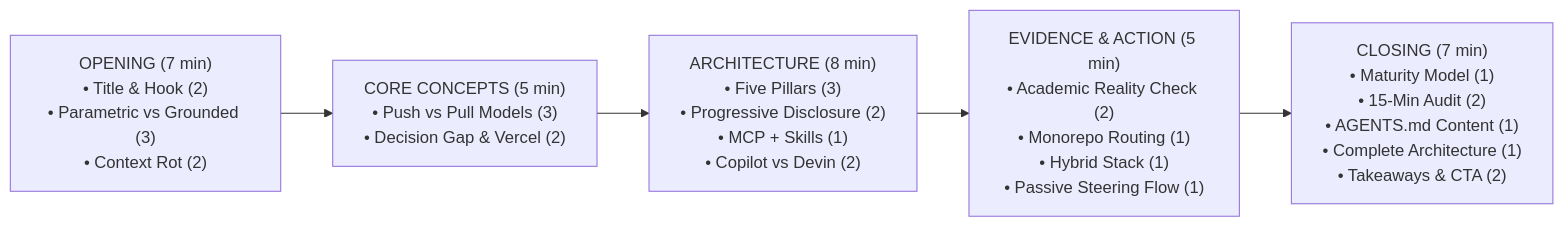
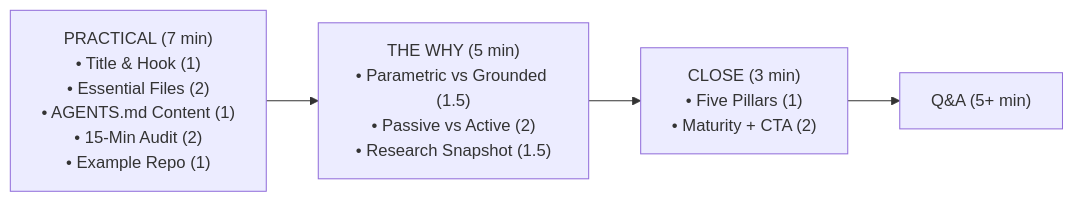
Before and after one commit to HipsterZipster/context-management-presentation: diagram 23 of 23 in context-engineering-tech-talk.md, drawn with Mermaid. The commit also changed other lines of this file and 50 other files, not shown here.

````diff
--- a/context-engineering-tech-talk.md
+++ b/context-engineering-tech-talk.md
@@ -612,10 +604,9 @@
 ```mermaid
 flowchart LR
-    O["OPENING (7 min)<br/>• Title & Hook (2)<br/>• Parametric vs Grounded (3)<br/>• Context Rot (2)"]
-    C["CORE CONCEPTS (5 min)<br/>• Push vs Pull Models (3)<br/>• Decision Gap & Vercel (2)"]
-    A["ARCHITECTURE (8 min)<br/>• Five Pillars (3)<br/>• Progressive Disclosure (2)<br/>• MCP + Skills (1)<br/>• Copilot vs Devin (2)"]
-    E["EVIDENCE & ACTION (5 min)<br/>• Academic Reality Check (2)<br/>• Monorepo Routing (1)<br/>• Hybrid Stack (1)<br/>• Passive Steering Flow (1)"]
-    X["CLOSING (7 min)<br/>• Maturity Model (1)<br/>• 15-Min Audit (2)<br/>• AGENTS.md Content (1)<br/>• Complete Architecture (1)<br/>• Takeaways & CTA (2)"]
+    P["PRACTICAL (7 min)<br/>• Title & Hook (1)<br/>• Essential Files (2)<br/>• AGENTS.md Content (1)<br/>• 15-Min Audit (2)<br/>• Example Repo (1)"]
+    W["THE WHY (5 min)<br/>• Parametric vs Grounded (1.5)<br/>• Passive vs Active (2)<br/>• Research Snapshot (1.5)"]
+    C["CLOSE (3 min)<br/>• Five Pillars (1)<br/>• Maturity + CTA (2)"]
+    Q["Q&A (5+ min)"]
 
-    O --> C --> A --> E --> X
+    P --> W --> C --> Q
 ```
````
